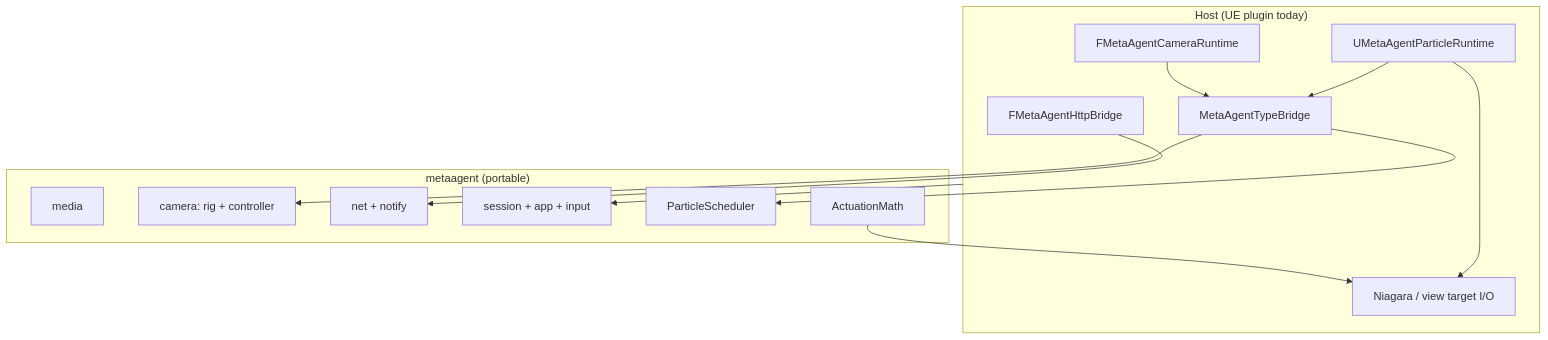
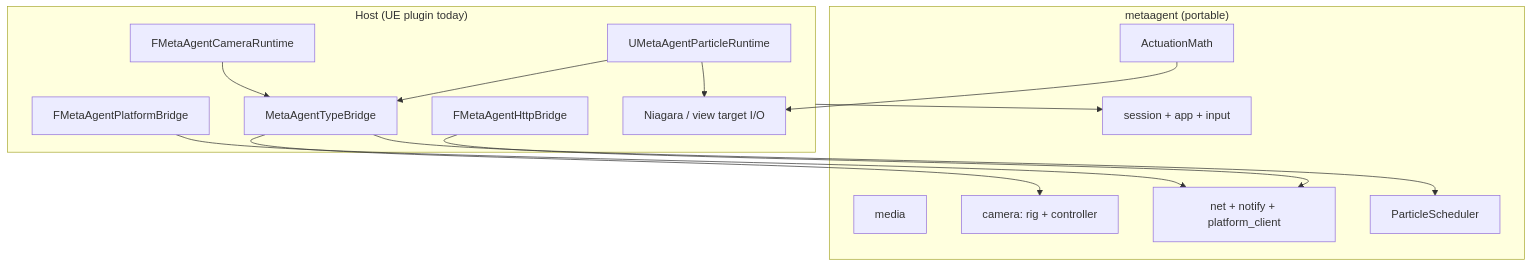
One commit to vecnode/metaagent-ue5-plugin changed the diagram in metaagent/README.md. Above: the diagram before and after it, drawn with Mermaid. The commit also changed other lines of this file and 41 other files, not shown here.

````diff
--- a/metaagent/README.md
+++ b/metaagent/README.md
@@ -23,26 +23,28 @@
 ```mermaid
 flowchart TB
     subgraph Host["Host (UE plugin today)"]
         RT[UMetaAgentParticleRuntime]
         TB[MetaAgentTypeBridge]
         CamHost[FMetaAgentCameraRuntime]
-        HttpHost[FMetaAgentHttpBridge]
+        HttpIn[FMetaAgentHttpBridge]
+        HttpOut[FMetaAgentPlatformBridge]
         NIAG[Niagara / view target I/O]
     end
 
     subgraph Core["metaagent (portable)"]
         Media[media]
         Cam[camera: rig + controller]
-        Net[net + notify]
+        Net[net + notify + platform_client]
         Sess[session + app + input]
         Sched[ParticleScheduler]
         Act[ActuationMath]
     end
 
     RT --> TB --> Sched
     CamHost --> TB --> Cam
-    HttpHost --> Net
+    HttpIn --> Net
+    HttpOut --> Net
     Host --> Sess
     RT --> NIAG
     Act --> NIAG
 ```
````
